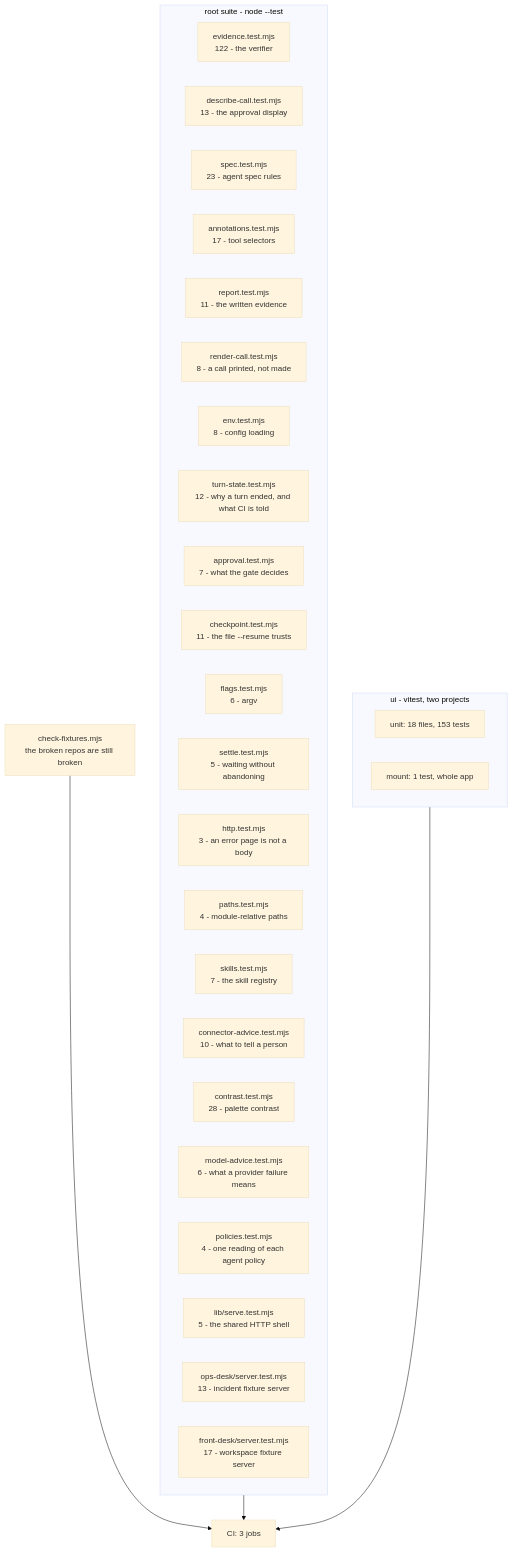
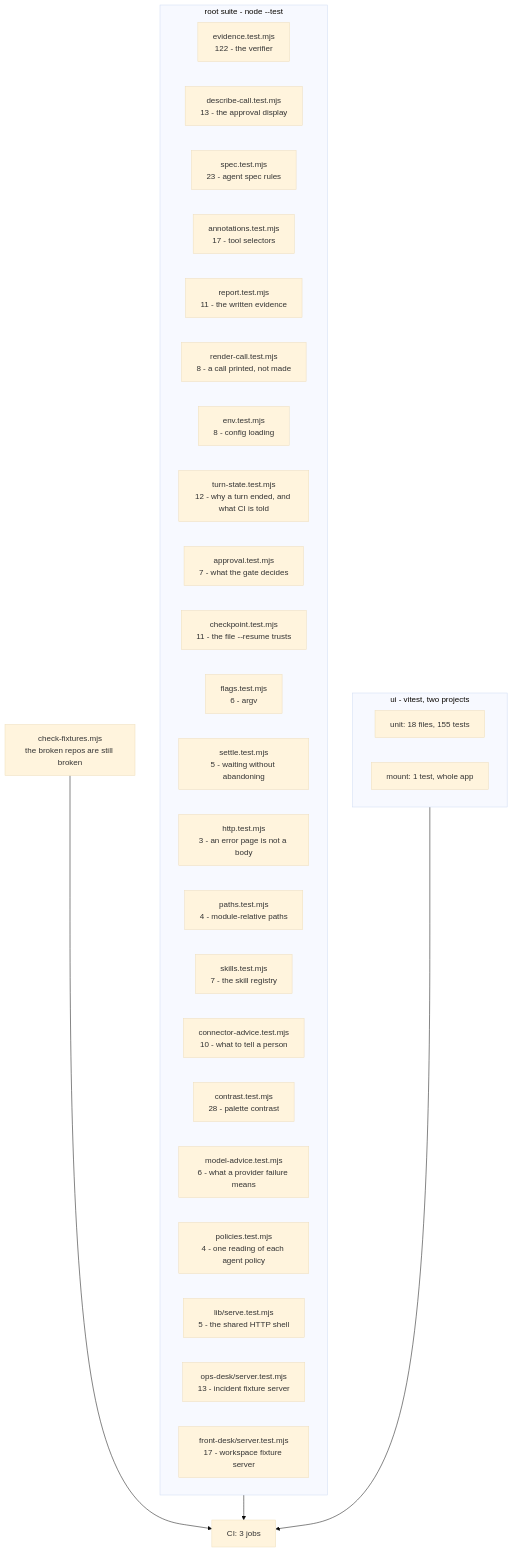
One commit to manumishra12/quartermaster changed the diagram in TESTING.md. Above: the diagram before and after it, drawn with Mermaid (base theme). The commit also changed other lines of this file and 5 other files, not shown here.

````diff
--- a/TESTING.md
+++ b/TESTING.md
@@ -30,38 +30,38 @@
 ```mermaid
 flowchart TD
   subgraph root["root suite - node --test"]
     EV["evidence.test.mjs<br/>122 - the verifier"]
     DC["describe-call.test.mjs<br/>13 - the approval display"]
     SP["spec.test.mjs<br/>23 - agent spec rules"]
     AN["annotations.test.mjs<br/>17 - tool selectors"]
     RP["report.test.mjs<br/>11 - the written evidence"]
     RC["render-call.test.mjs<br/>8 - a call printed, not made"]
     EN["env.test.mjs<br/>8 - config loading"]
     TS["turn-state.test.mjs<br/>12 - why a turn ended, and what CI is told"]
     AP["approval.test.mjs<br/>7 - what the gate decides"]
     CK["checkpoint.test.mjs<br/>11 - the file --resume trusts"]
     FL["flags.test.mjs<br/>6 - argv"]
     ST["settle.test.mjs<br/>5 - waiting without abandoning"]
     HT["http.test.mjs<br/>3 - an error page is not a body"]
     PA["paths.test.mjs<br/>4 - module-relative paths"]
     SK["skills.test.mjs<br/>7 - the skill registry"]
     CA["connector-advice.test.mjs<br/>10 - what to tell a person"]
     CO["contrast.test.mjs<br/>28 - palette contrast"]
     MA["model-advice.test.mjs<br/>6 - what a provider failure means"]
     PO["policies.test.mjs<br/>4 - one reading of each agent policy"]
     SV["lib/serve.test.mjs<br/>5 - the shared HTTP shell"]
     OD["ops-desk/server.test.mjs<br/>13 - incident fixture server"]
     FD["front-desk/server.test.mjs<br/>17 - workspace fixture server"]
   end
 
   subgraph ui["ui - vitest, two projects"]
-    U1["unit: 18 files, 153 tests"]
+    U1["unit: 18 files, 155 tests"]
     U2["mount: 1 test, whole app"]
   end
 
   FX["check-fixtures.mjs<br/>the broken repos are still broken"]
 
   root --> CI["CI: 3 jobs"]
   ui --> CI
   FX --> CI
 ```
````
